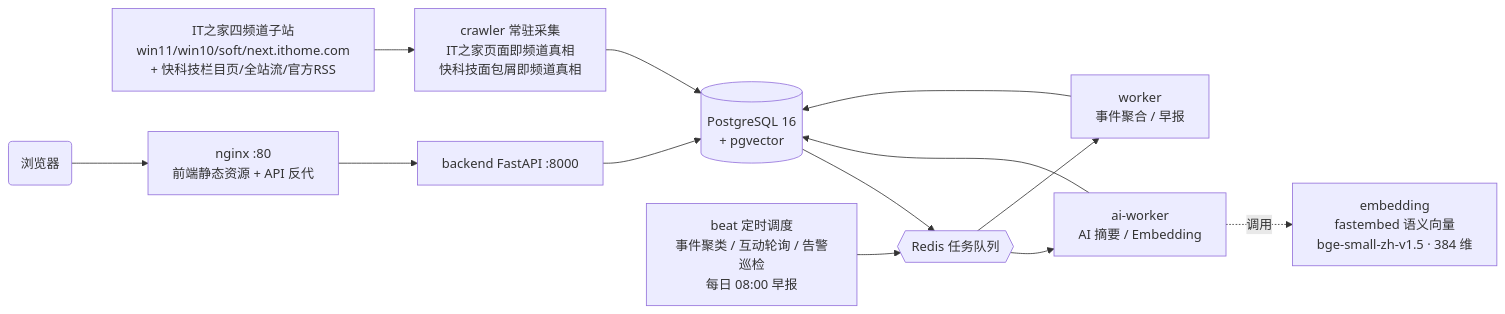
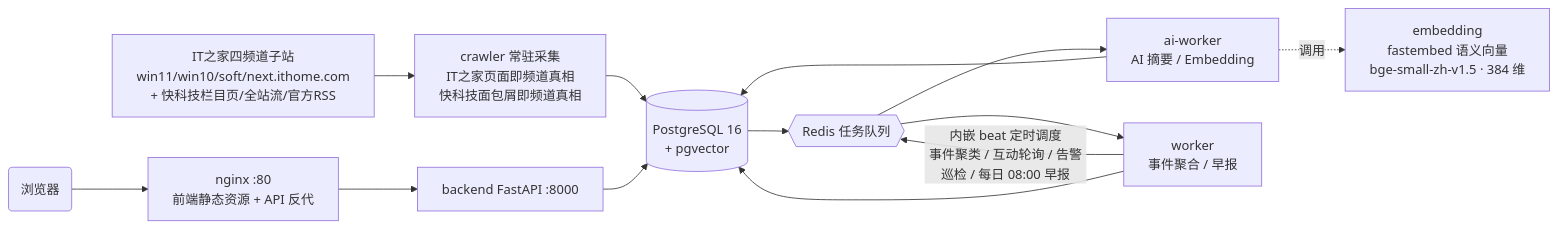
The diagram in README.md (xuboboo/news), drawn with Mermaid before and after one commit. The commit also changed other lines of this file and 2 other files, not shown here.

First line of the commit message:
chore(部署): 内存优化适配 3.5G 服务器——beat 并入 worker、并发下调、全服务内存限额

````diff
--- a/README.md
+++ b/README.md
@@ -53,16 +53,16 @@
 ```mermaid
 flowchart LR
     SRC[IT之家四频道子站<br/>win11/win10/soft/next.ithome.com<br/>+ 快科技栏目页/全站流/官方RSS] --> CR[crawler 常驻采集<br/>IT之家页面即频道真相<br/>快科技面包屑即频道真相]
     CR --> PG[(PostgreSQL 16<br/>+ pgvector)]
     PG --> RD{{Redis 任务队列}}
     RD --> AI[ai-worker<br/>AI 摘要 / Embedding]
     RD --> WK[worker<br/>事件聚合 / 早报]
     EMB[embedding<br/>fastembed 语义向量<br/>bge-small-zh-v1.5 · 384 维]
     AI -.->|调用| EMB
-    BT[beat 定时调度<br/>事件聚类 / 互动轮询 / 告警巡检<br/>每日 08:00 早报] --> RD
+    WK -->|内嵌 beat 定时调度<br/>事件聚类 / 互动轮询 / 告警巡检 / 每日 08:00 早报| RD
     AI --> PG
     WK --> PG
     NG[nginx :80<br/>前端静态资源 + API 反代] --> BE[backend FastAPI :8000]
     BE --> PG
     U(浏览器) --> NG
 ```
````
